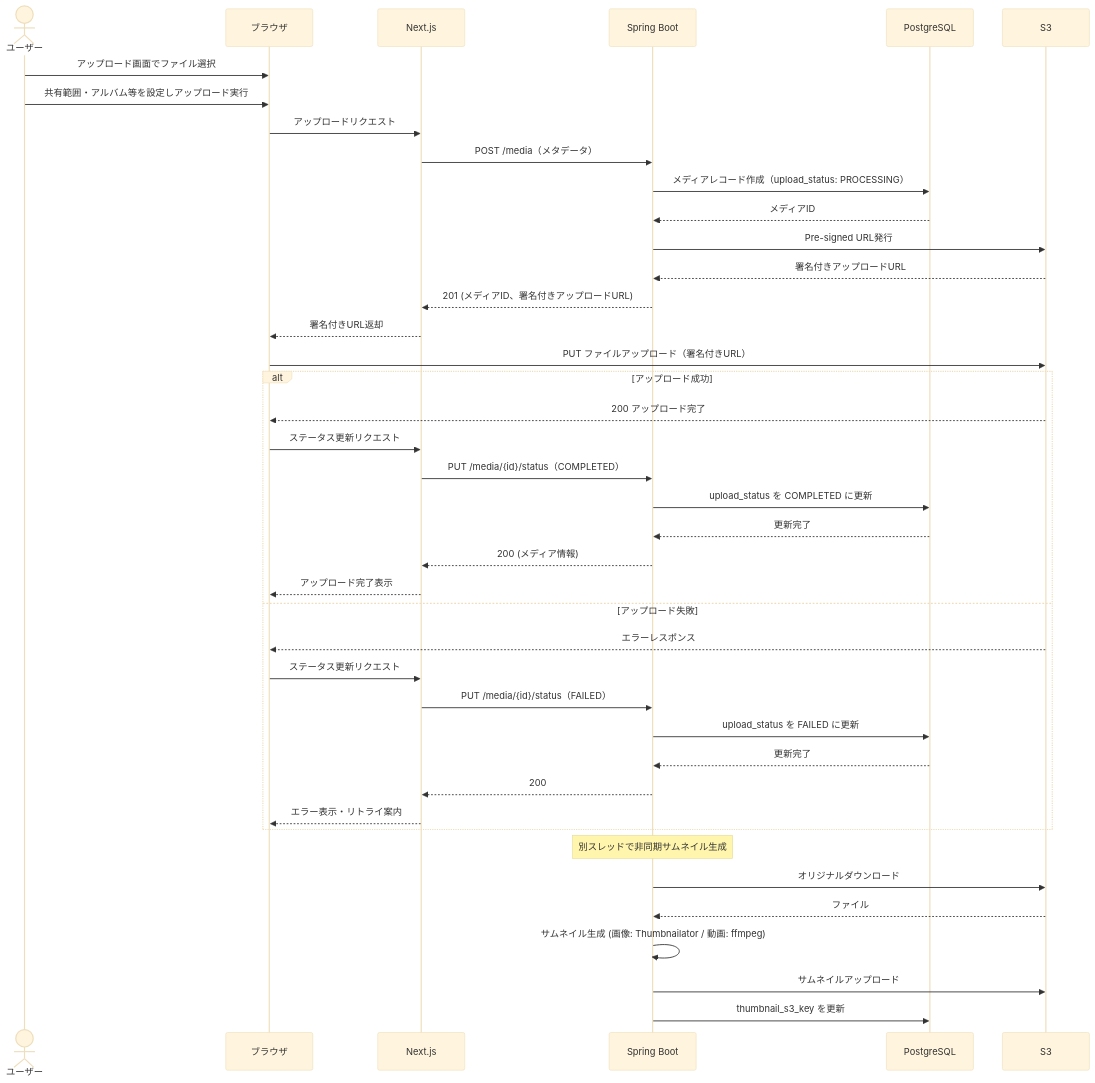
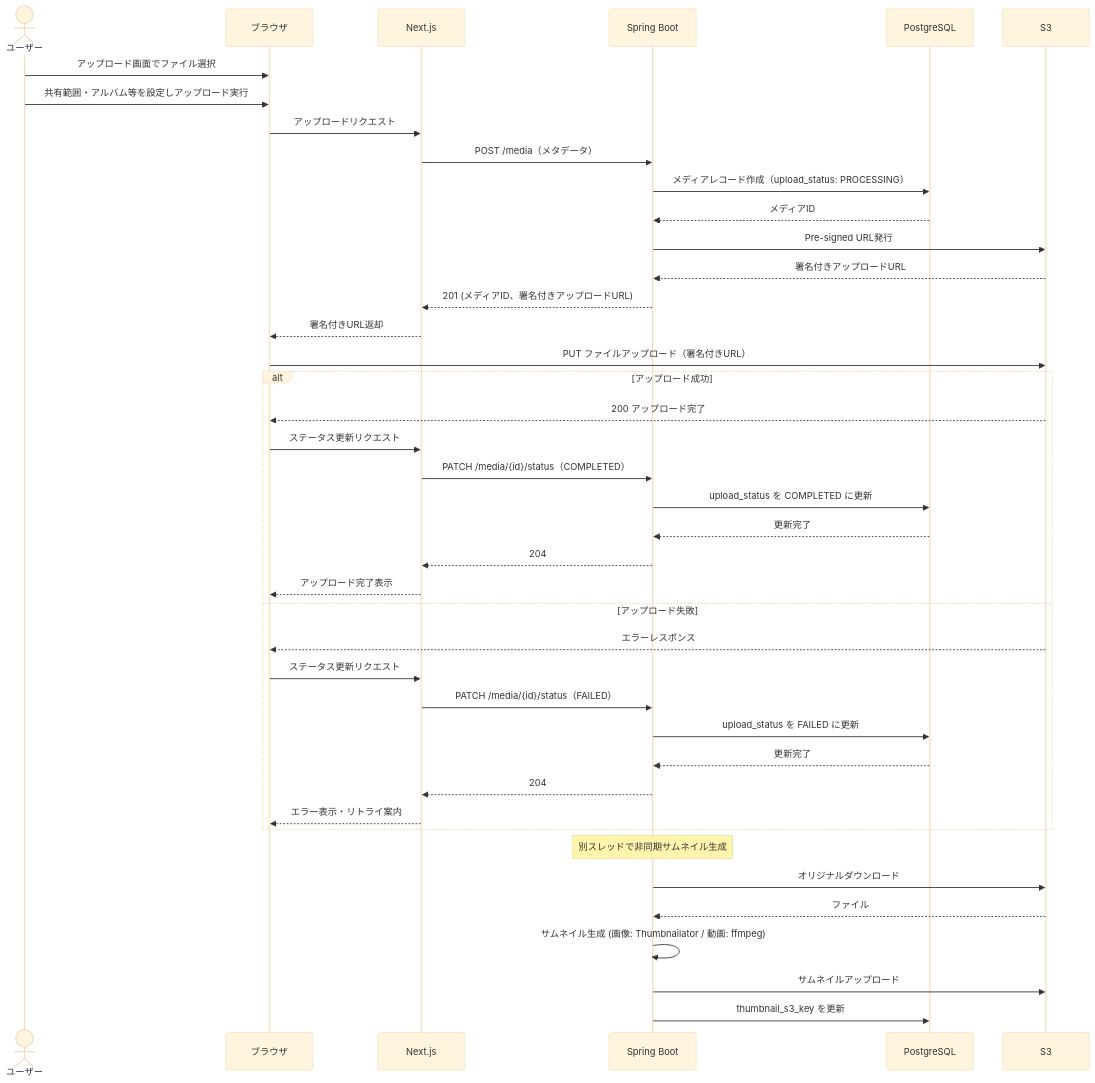
One commit to sakurai1126/chii-piyo changed the third of 9 diagrams in docs/sequence.md. Above: the diagram before and after it, drawn with Mermaid (base theme). The commit also changed other lines of this file and 1 other file, not shown here.

````diff
--- a/docs/sequence.md
+++ b/docs/sequence.md
@@ -74,48 +88,48 @@
 ```mermaid
 sequenceDiagram
     actor User as ユーザー
     participant Browser as ブラウザ
     participant Next as Next.js
     participant Spring as Spring Boot
     participant DB as PostgreSQL
     participant S3 as S3
 
     User->>Browser: アップロード画面でファイル選択
     User->>Browser: 共有範囲・アルバム等を設定しアップロード実行
 
     Browser->>Next: アップロードリクエスト
     Next->>Spring: POST /media（メタデータ）
     Spring->>DB: メディアレコード作成（upload_status: PROCESSING）
     DB-->>Spring: メディアID
     Spring->>S3: Pre-signed URL発行
     S3-->>Spring: 署名付きアップロードURL
     Spring-->>Next: 201 (メディアID、署名付きアップロードURL)
     Next-->>Browser: 署名付きURL返却
 
     Browser->>S3: PUT ファイルアップロード（署名付きURL）
 
     alt アップロード成功
         S3-->>Browser: 200 アップロード完了
         Browser->>Next: ステータス更新リクエスト
-        Next->>Spring: PUT /media/{id}/status（COMPLETED）
+        Next->>Spring: PATCH /media/{id}/status（COMPLETED）
         Spring->>DB: upload_status を COMPLETED に更新
         DB-->>Spring: 更新完了
-        Spring-->>Next: 200 (メディア情報)
+        Spring-->>Next: 204
         Next-->>Browser: アップロード完了表示
     else アップロード失敗
         S3-->>Browser: エラーレスポンス
         Browser->>Next: ステータス更新リクエスト
-        Next->>Spring: PUT /media/{id}/status（FAILED）
+        Next->>Spring: PATCH /media/{id}/status（FAILED）
         Spring->>DB: upload_status を FAILED に更新
         DB-->>Spring: 更新完了
-        Spring-->>Next: 200
+        Spring-->>Next: 204
         Next-->>Browser: エラー表示・リトライ案内
     end
 
     Note over Spring: 別スレッドで非同期サムネイル生成
     Spring->>S3: オリジナルダウンロード
     S3-->>Spring: ファイル
     Spring->>Spring: サムネイル生成 (画像: Thumbnailator / 動画: ffmpeg)
     Spring->>S3: サムネイルアップロード
     Spring->>DB: thumbnail_s3_key を更新
 ```
````
